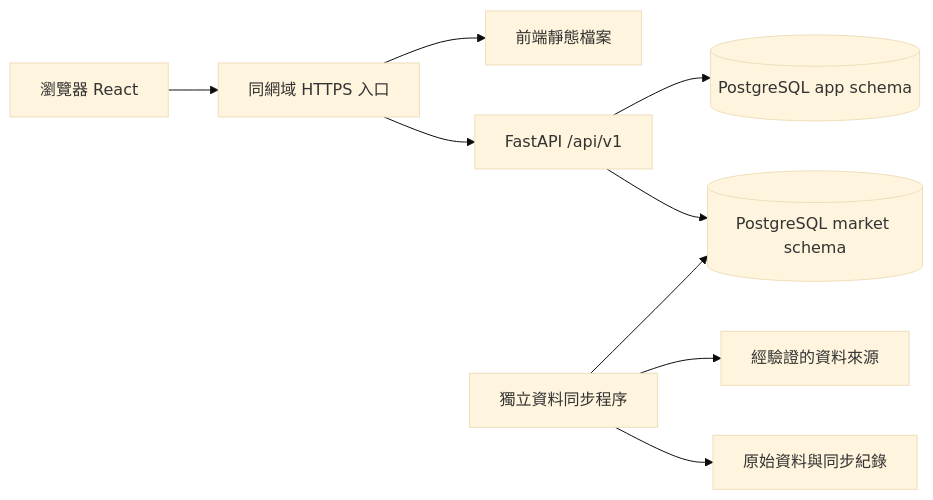
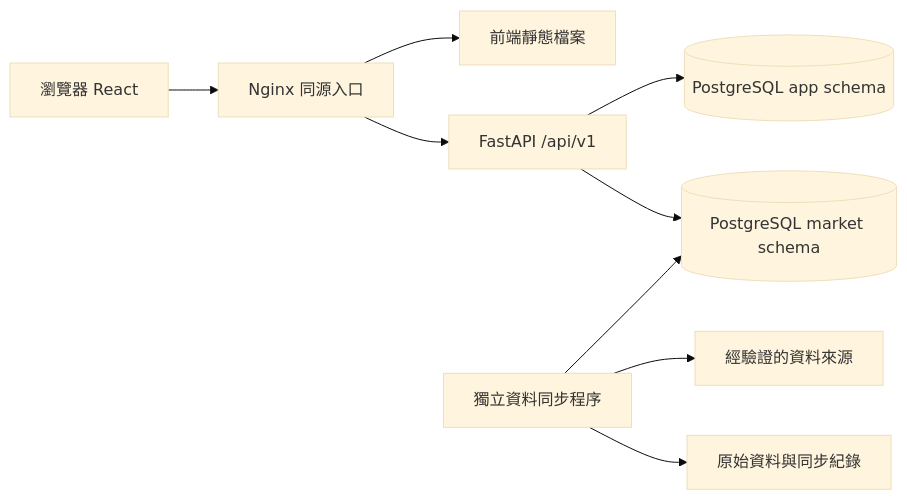
One commit to tw-stock-analysis/tw-stock-backend changed the diagram in docs/master-plan.md. Above: the diagram before and after it, drawn with Mermaid (base theme). The commit also changed other lines of this file and 6 other files, not shown here.

````diff
--- a/docs/master-plan.md
+++ b/docs/master-plan.md
@@ -42,11 +42,11 @@
 ```mermaid
 flowchart LR
-  B[瀏覽器 React] --> P[同網域 HTTPS 入口]
+  B[瀏覽器 React] --> P[Nginx 同源入口]
   P --> S[前端靜態檔案]
   P --> A[FastAPI /api/v1]
   A --> U[(PostgreSQL app schema)]
   A --> M[(PostgreSQL market schema)]
   J[獨立資料同步程序] --> D[經驗證的資料來源]
   J --> M
   J --> O[原始資料與同步紀錄]
 ```
````
